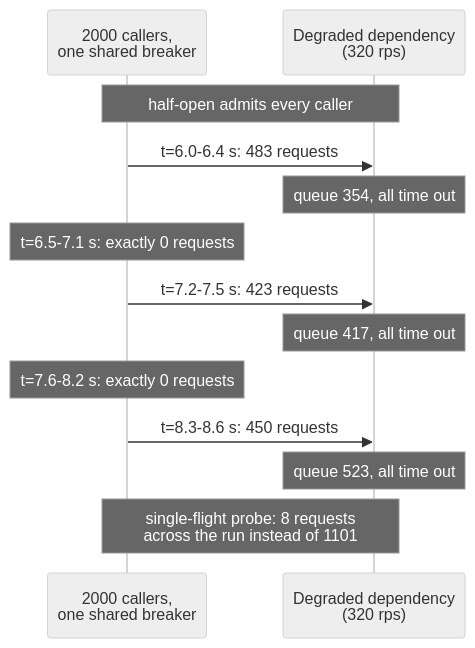
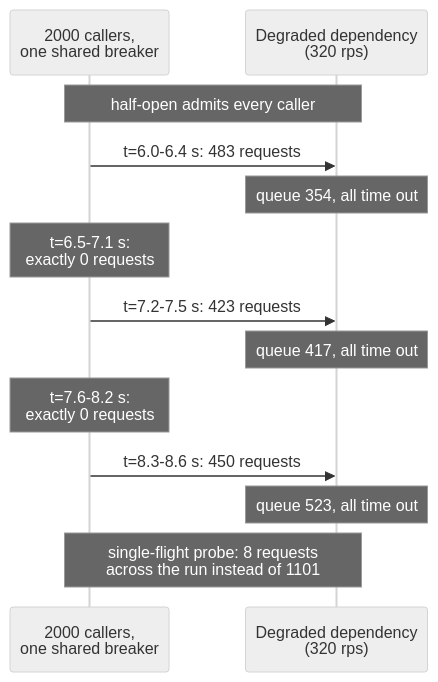
The diagram in markdown/system-design-interview/assets/004/04-pulse.mmd (haraGADygyl/medium-python-articles), drawn with Mermaid (neutral theme) before and after one commit. The commit also changed 69 other files, not shown here.

First line of the commit message:
feat: backfill system-design-interview 000-009 diagrams in the house style

```diff
--- a/markdown/system-design-interview/assets/004/04-pulse.mmd
+++ b/markdown/system-design-interview/assets/004/04-pulse.mmd
@@ -1,13 +1,13 @@
 sequenceDiagram
     participant F as 2000 callers,<br/>one shared breaker
     participant D as Degraded dependency<br/>(320 rps)
     Note over F,D: half-open admits every caller
     F->>D: t=6.0-6.4 s: 483 requests
     Note over D: queue 354, all time out
-    Note over F: t=6.5-7.1 s: exactly 0 requests
+    Note over F: t=6.5-7.1 s:<br/>exactly 0 requests
     F->>D: t=7.2-7.5 s: 423 requests
     Note over D: queue 417, all time out
-    Note over F: t=7.6-8.2 s: exactly 0 requests
+    Note over F: t=7.6-8.2 s:<br/>exactly 0 requests
     F->>D: t=8.3-8.6 s: 450 requests
     Note over D: queue 523, all time out
     Note over F,D: single-flight probe: 8 requests<br/>across the run instead of 1101
```
